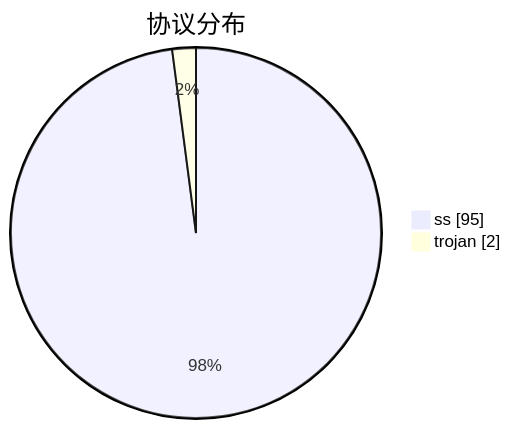
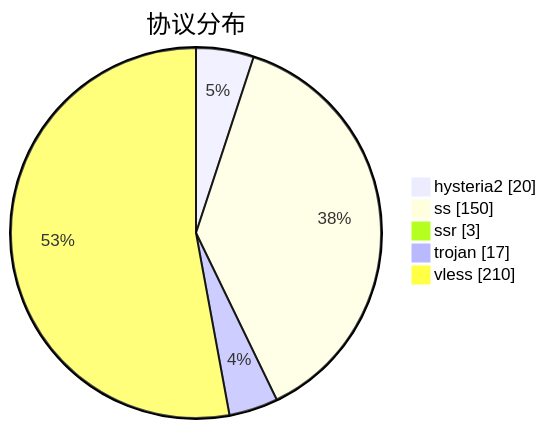
The third of 3 diagrams in subs/statistics/tested_within.md (qjlxg/airport), drawn with Mermaid before and after one commit. The commit also changed other lines of this file and 2 other files, not shown here.

````diff
--- a/subs/statistics/tested_within.md
+++ b/subs/statistics/tested_within.md
@@ -30,6 +38,9 @@
 ```mermaid
 pie showData
 title 协议分布
-"ss" : 95
-"trojan" : 2
+"hysteria2" : 20
+"ss" : 150
+"ssr" : 3
+"trojan" : 17
+"vless" : 210
 ```
````
